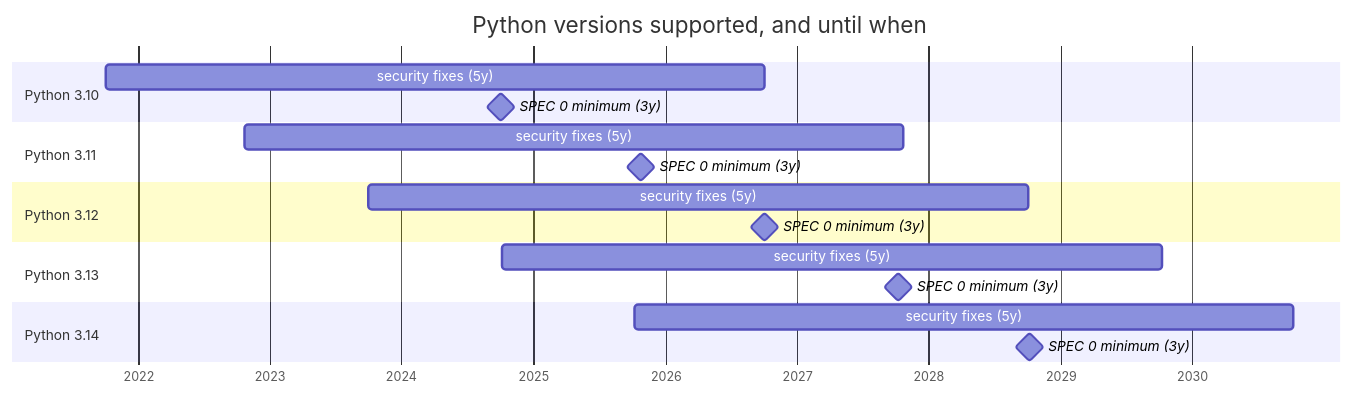
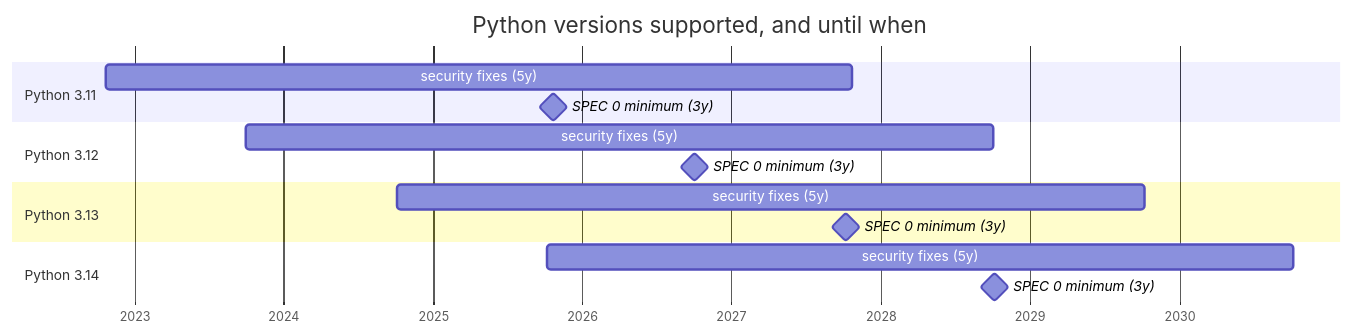
One commit to haalfi/remote-store changed the diagram in docs-src/_data/python-support-window.mmd. Above: the diagram before and after it, drawn with Mermaid. The commit also changed 89 other files, not shown here.

```diff
--- a/docs-src/_data/python-support-window.mmd
+++ b/docs-src/_data/python-support-window.mmd
@@ -1,30 +1,26 @@
 %% Generated by scripts/gen_python_support.py -- do not edit by hand.
 %% Sources: the `Programming Language :: Python` classifiers in pyproject.toml
 %% (which versions) and PYTHON_RELEASES in scripts/python_support.py (when each
 %% was released). Regenerate with `hatch run gen-python-support`.
 %% Carries no date relative to today: the vertical "today" line is Mermaid's
 %% own, drawn client-side, so this file stays byte-stable between releases.
 gantt
     dateFormat YYYY-MM-DD
     axisFormat %Y
     title Python versions supported, and until when
-
-    section Python 3.10
-    security fixes (5y) :sup310, 2021-10-04, 2026-10-04
-    SPEC 0 minimum (3y) :milestone, spec310, 2024-10-04, 0d
 
     section Python 3.11
     security fixes (5y) :sup311, 2022-10-24, 2027-10-24
     SPEC 0 minimum (3y) :milestone, spec311, 2025-10-24, 0d
 
     section Python 3.12
     security fixes (5y) :sup312, 2023-10-02, 2028-10-02
     SPEC 0 minimum (3y) :milestone, spec312, 2026-10-02, 0d
 
     section Python 3.13
     security fixes (5y) :sup313, 2024-10-07, 2029-10-07
     SPEC 0 minimum (3y) :milestone, spec313, 2027-10-07, 0d
 
     section Python 3.14
     security fixes (5y) :sup314, 2025-10-07, 2030-10-07
     SPEC 0 minimum (3y) :milestone, spec314, 2028-10-07, 0d
```
